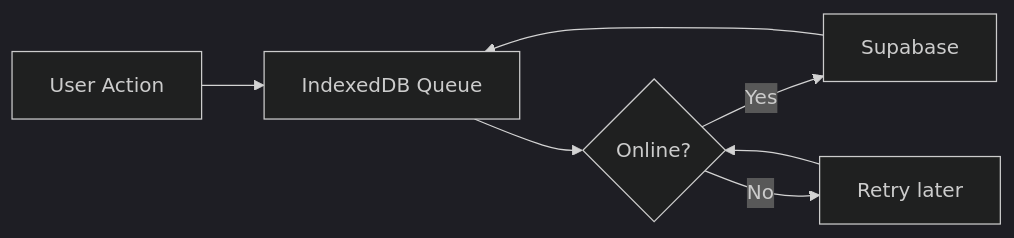
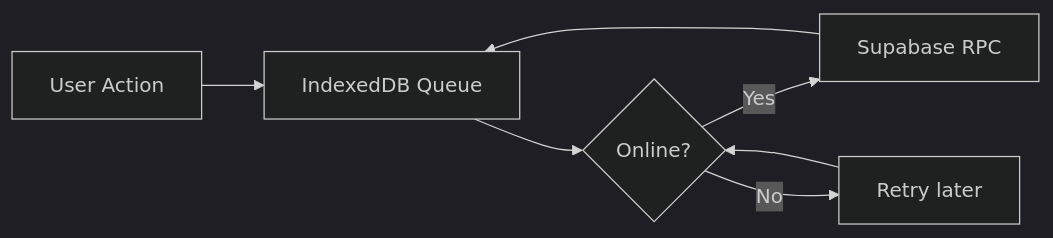
Diagram 14 of 16 in README.md (MuhamedZanabal/ZAIPOS), drawn with Mermaid (dark theme) before and after one commit. The commit also changed other lines of this file, not shown here.

````diff
--- a/README.md
+++ b/README.md
@@ -370,9 +635,9 @@
 ```mermaid
 flowchart LR
     UI[User Action] --> Queue[IndexedDB Queue]
     Queue --> Network{Online?}
-    Network -->|Yes| Server[Supabase]
+    Network -->|Yes| Server[Supabase RPC]
     Network -->|No| Retry[Retry later]
     Server --> Queue
     Retry --> Network
 ```
````
